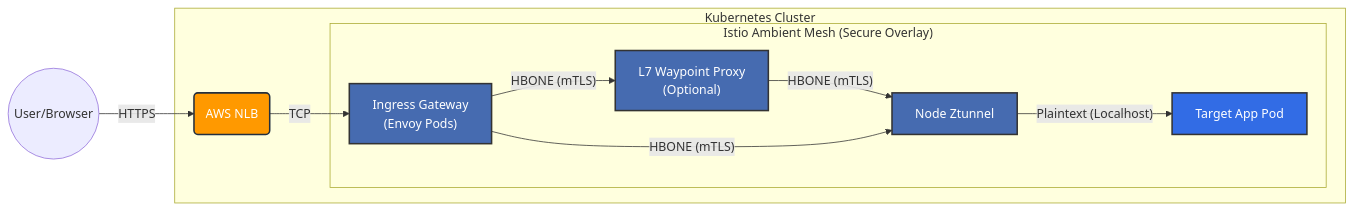
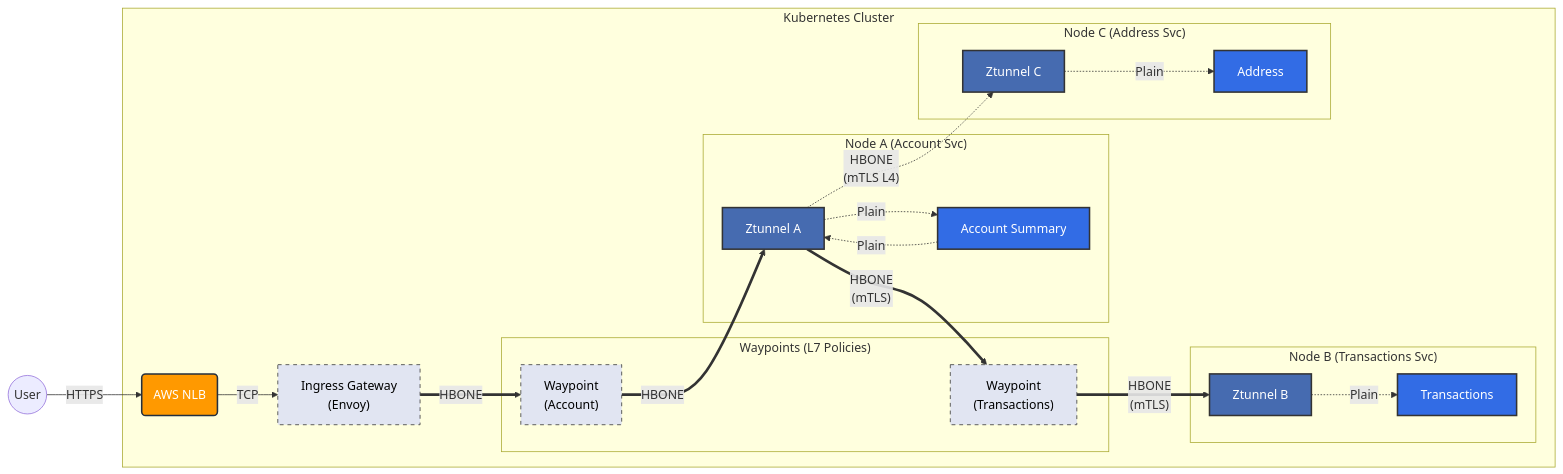
One commit to parthcodessub/k8s-ref-patterns changed the diagram in patterns/service-mesh/istio-ambient/README.md. Above: the diagram before and after it, drawn with Mermaid. The commit also changed other lines of this file, not shown here.

Commit message:
service mesh updates..

````diff
--- a/patterns/service-mesh/istio-ambient/README.md
+++ b/patterns/service-mesh/istio-ambient/README.md
@@ -73,23 +80,55 @@
 ```mermaid
 graph LR
-    User((User/Browser)) -->|HTTPS| NLB(AWS NLB)
+    User((User)) -->|HTTPS| NLB(AWS NLB)
 
-    subgraph Kubernetes Cluster
-        NLB -->|TCP| IGW["Ingress Gateway<br/>(Envoy Pods)"]
+    subgraph "Kubernetes Cluster"
+        NLB -->|TCP| IGW["Ingress Gateway<br/>(Envoy)"]
 
-        subgraph "Istio Ambient Mesh (Secure Overlay)"
-            IGW -- "HBONE (mTLS)" --> Waypoint["L7 Waypoint Proxy<br/>(Optional)"]
-            Waypoint -- "HBONE (mTLS)" --> ZTunnel["Node Ztunnel"]
-            IGW -- "HBONE (mTLS)" --> ZTunnel
-            ZTunnel -- "Plaintext (Localhost)" --> App["Target App Pod"]
+        subgraph "Node A (Account Svc)"
+            ZtAccount["Ztunnel A"]
+            PodAccount["Account Summary"]
         end
+
+        subgraph "Node B (Transactions Svc)"
+            ZtTrans["Ztunnel B"]
+            PodTrans["Transactions"]
+        end
+
+        subgraph "Node C (Address Svc)"
+            ZtAddr["Ztunnel C"]
+            PodAddr["Address"]
+        end
+
+        subgraph "Waypoints (L7 Policies)"
+            WP_Account["Waypoint<br/>(Account)"]
+            WP_Trans["Waypoint<br/>(Transactions)"]
+        end
+
+        %% 1. North-South Flow
+        IGW == "HBONE" ==> WP_Account
+        WP_Account == "HBONE" ==> ZtAccount
+        ZtAccount -. "Plain" .-> PodAccount
+
+        %% 2. East-West Flow (L7 - Goes via Waypoint)
+        %% Account -> Transactions
+        PodAccount -. "Plain" .-> ZtAccount
+        ZtAccount == "HBONE<br/>(mTLS)" ==> WP_Trans
+        WP_Trans == "HBONE<br/>(mTLS)" ==> ZtTrans
+        ZtTrans -. "Plain" .-> PodTrans
+
+        %% 3. East-West Flow (L4 Only - Ztunnel to Ztunnel)
+        %% Account -> Address (No Waypoint)
+        ZtAccount -. "HBONE<br/>(mTLS L4)" .-> ZtAddr
+        ZtAddr -. "Plain" .-> PodAddr
     end
 
     classDef aws fill:#FF9900,stroke:#232F3E,stroke-width:2px,color:white;
-    classDef istio fill:#466BB0,stroke:#333,stroke-width:2px,color:white;
-    classDef k8s fill:#326CE5,stroke:#333,stroke-width:2px,color:white;
+    classDef envoy fill:#E1E5F2,stroke:#333,stroke-width:1px,color:black,stroke-dasharray: 5 5;
+    classDef ztunnel fill:#466BB0,stroke:#333,stroke-width:2px,color:white;
+    classDef app fill:#326CE5,stroke:#333,stroke-width:2px,color:white;
 
     class NLB aws;
-    class IGW,Waypoint,ZTunnel istio;
-    class App k8s;
+    class IGW,WP_Account,WP_Trans envoy;
+    class ZtAccount,ZtTrans,ZtAddr ztunnel;
+    class PodAccount,PodTrans,PodAddr app;
 ```
````
